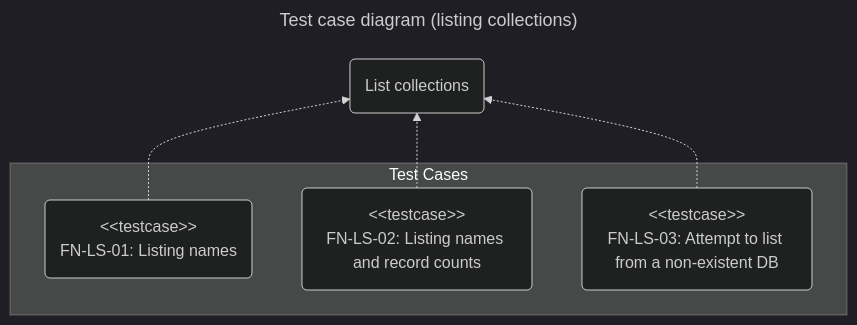
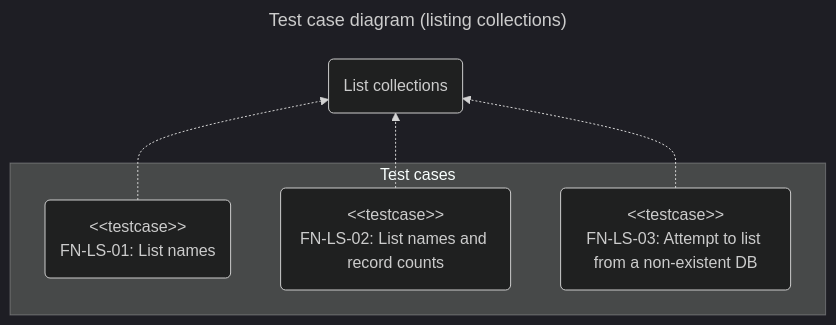
Before and after one commit to chromiodev/chromie-tool: the first of 8 diagrams in docs/spec/tests/functional.en.md, drawn with Mermaid (dark theme). The commit also changed other lines of this file and 22 other files, not shown here.

````diff
--- a/docs/spec/tests/functional.en.md
+++ b/docs/spec/tests/functional.en.md
@@ -49,21 +49,21 @@
 ```mermaid
 ---
 title: Test case diagram (listing collections)
 config:
 ---
 
 graph BT
   %% use cases
   listColls@{ shape: "rounded", label: "List collections" }
 
-  subgraph "Test Cases"
-    listCollNames@{ shape: "rounded", label: "#lt;#lt;testcase>><br>FN-LS-01: Listing names" }
-    listCollNamesAndCount@{ shape: "rounded", label: "#lt;#lt;testcase>><br>FN-LS-02: Listing names and record counts" }
+  subgraph "Test cases"
+    listCollNames@{ shape: "rounded", label: "#lt;#lt;testcase>><br>FN-LS-01: List names" }
+    listCollNamesAndCount@{ shape: "rounded", label: "#lt;#lt;testcase>><br>FN-LS-02: List names and record counts" }
     listOnUnknownServer@{ shape: "rounded", label: "#lt;#lt;testcase>><br>FN-LS-03: Attempt to list from a non-existent DB" }
   end
 
 
   listCollNames -.-> listColls
   listCollNamesAndCount -.-> listColls
   listOnUnknownServer -.-> listColls
 ```
````
